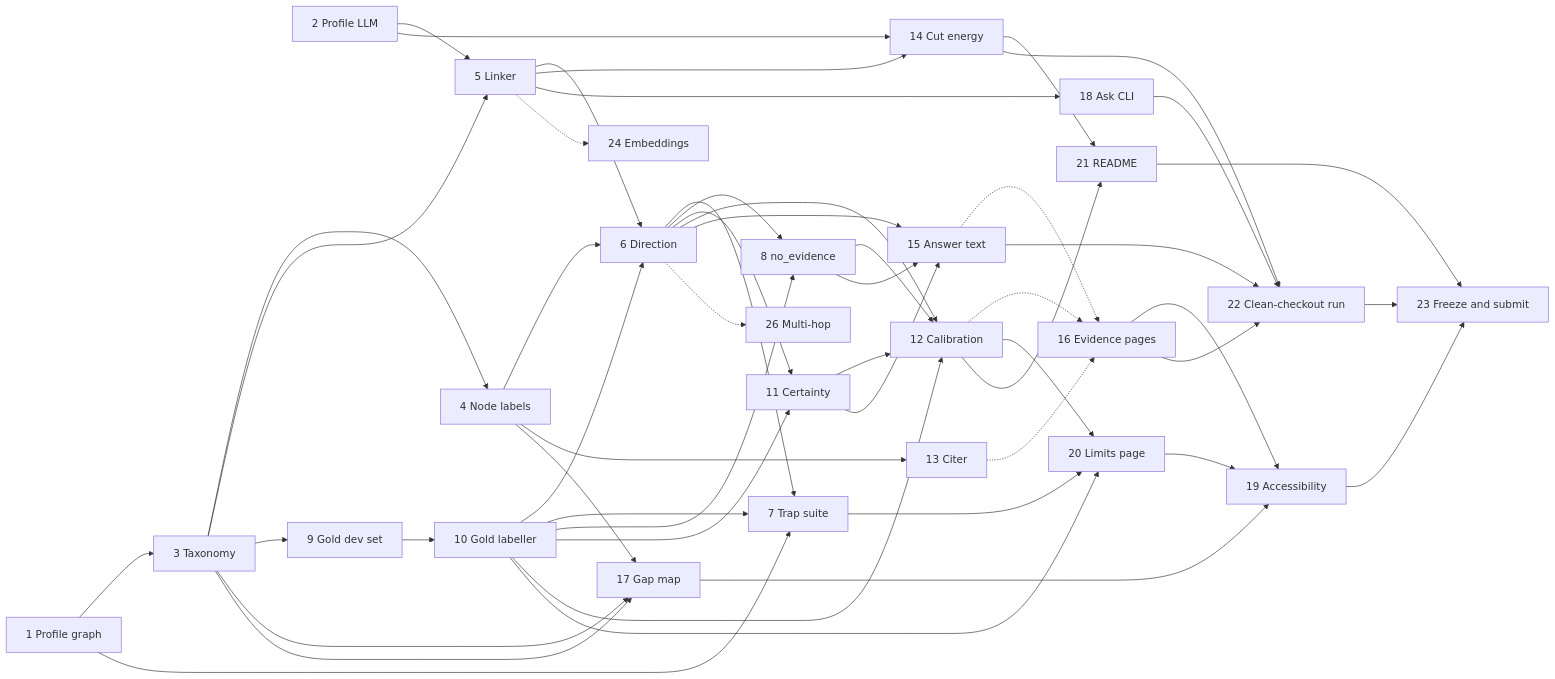
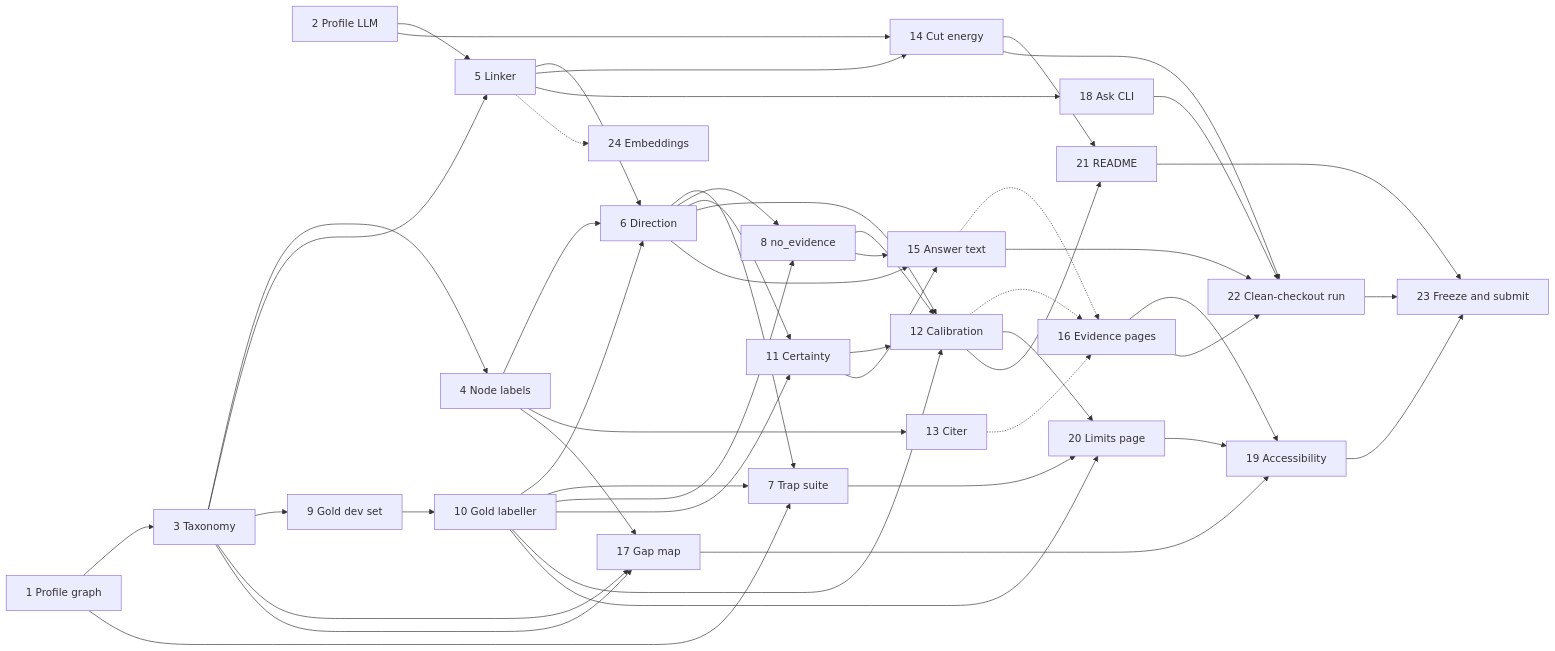
The diagram in ROADMAP.md (justin13888/evidencejam), drawn with Mermaid before and after one commit. The commit also changed other lines of this file, not shown here.

Commit message:
docs(roadmap): drop stretch items 25 and 26

````diff
--- a/ROADMAP.md
+++ b/ROADMAP.md
@@ -30,53 +30,52 @@
 ```mermaid
 flowchart LR
   1[1 Profile graph] --> 3[3 Taxonomy]
   1 --> 7[7 Trap suite]
   2[2 Profile LLM] --> 5
   2 --> 14[14 Cut energy]
   3 --> 4[4 Node labels]
   3 --> 5[5 Linker]
   3 --> 9[9 Gold dev set]
   3 --> 17[17 Gap map]
   4 --> 6[6 Direction]
   4 --> 13[13 Citer]
   4 --> 17
   5 --> 6
   5 --> 14
   5 --> 18[18 Ask CLI]
   6 --> 7
   6 --> 8[8 no_evidence]
   6 --> 11[11 Certainty]
   9 --> 10[10 Gold labeller]
   10 --> 6
   10 --> 7
   10 --> 8
   10 --> 11
   10 --> 12[12 Calibration]
   6 --> 12
   8 --> 12
   11 --> 12
   6 --> 15[15 Answer text]
   8 --> 15
   11 --> 15
   13 -.-> 16[16 Evidence pages]
   15 -.-> 16
   12 -.-> 16
   3 --> 17
   16 --> 19[19 Accessibility]
   17 --> 19
   20[20 Limits page] --> 19
   10 --> 20
   12 --> 20
   7 --> 20
   12 --> 21[21 README]
   14 --> 21
   14 --> 22[22 Clean-checkout run]
   15 --> 22
   16 --> 22
   18 --> 22
   22 --> 23[23 Freeze and submit]
   19 --> 23
   21 --> 23
   5 -.-> 24[24 Embeddings]
-  6 -.-> 26[26 Multi-hop]
 ```
````
